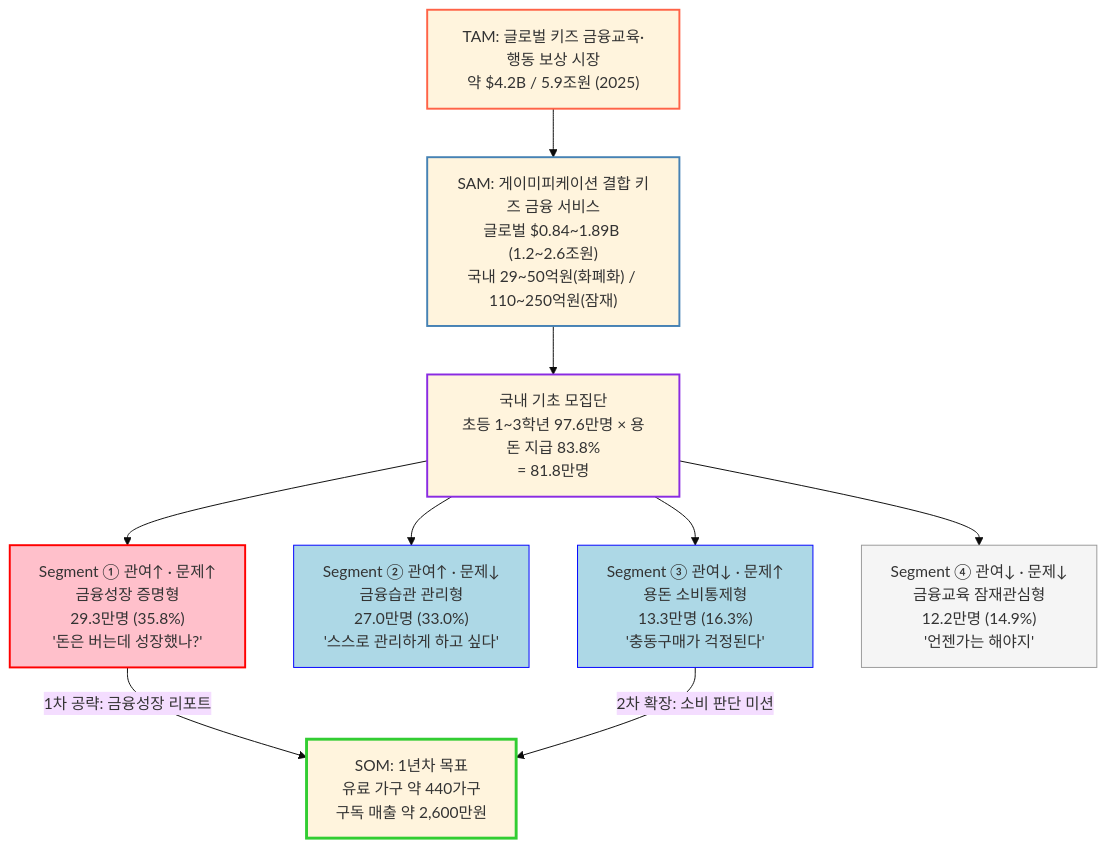
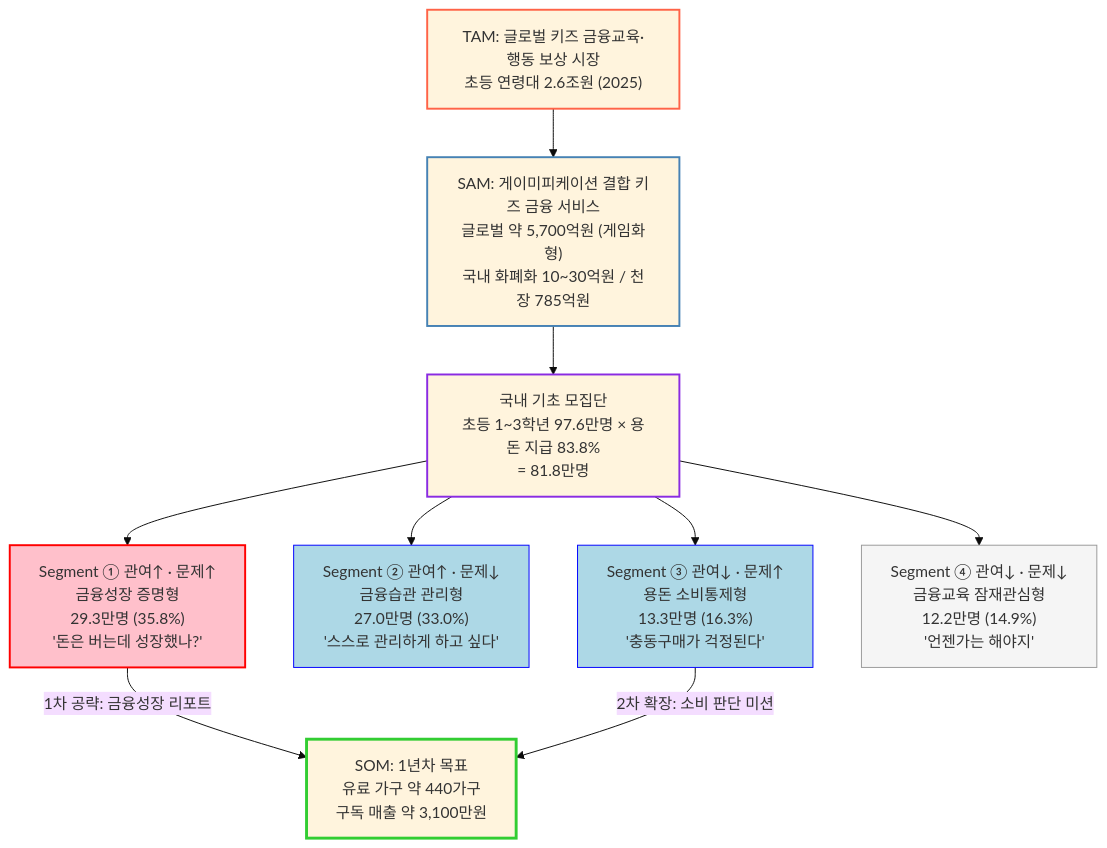
Before and after one commit to scene-one/team1_fin-friends: the second of 2 diagrams in 유림/시장분석/TAM-SAM-SOM_시장세분화.md, drawn with Mermaid (base theme). The commit also changed other lines of this file and 1 other file, not shown here.

First line of the commit message:
유림 TAM-SAM-SOM 뷰마다 분석 대상 시장명 배지 추가

````diff
--- a/유림/시장분석/TAM-SAM-SOM_시장세분화.md
+++ b/유림/시장분석/TAM-SAM-SOM_시장세분화.md
@@ -487,22 +667,22 @@
 ```mermaid
 graph TD
-    A["TAM: 글로벌 키즈 금융교육·행동 보상 시장<br/>약 $4.2B / 5.9조원 (2025)"]:::tam --> B["SAM: 게이미피케이션 결합 키즈 금융 서비스<br/>글로벌 $0.84~1.89B (1.2~2.6조원)<br/>국내 29~50억원(화폐화) / 110~250억원(잠재)"]:::sam
+    A["TAM: 글로벌 키즈 금융교육·행동 보상 시장<br/>초등 연령대 2.6조원 (2025)"]:::tam --> B["SAM: 게이미피케이션 결합 키즈 금융 서비스<br/>글로벌 약 5,700억원 (게임화형)<br/>국내 화폐화 10~30억원 / 천장 785억원"]:::sam
 
     B --> P["국내 기초 모집단<br/>초등 1~3학년 97.6만명 × 용돈 지급 83.8%<br/>= 81.8만명"]:::pool
 
     P --> C1["Segment ① 관여↑ · 문제↑<br/>금융성장 증명형<br/>29.3만명 (35.8%)<br/>'돈은 버는데 성장했나?'"]:::target
     P --> C2["Segment ② 관여↑ · 문제↓<br/>금융습관 관리형<br/>27.0만명 (33.0%)<br/>'스스로 관리하게 하고 싶다'"]:::adj
     P --> C3["Segment ③ 관여↓ · 문제↑<br/>용돈 소비통제형<br/>13.3만명 (16.3%)<br/>'충동구매가 걱정된다'"]:::adj
     P --> C4["Segment ④ 관여↓ · 문제↓<br/>금융교육 잠재관심형<br/>12.2만명 (14.9%)<br/>'언젠가는 해야지'"]:::low
 
-    C1 -- "1차 공략: 금융성장 리포트" --> D["SOM: 1년차 목표<br/>유료 가구 약 440가구<br/>구독 매출 약 2,600만원"]:::som
+    C1 -- "1차 공략: 금융성장 리포트" --> D["SOM: 1년차 목표<br/>유료 가구 약 440가구<br/>구독 매출 약 3,100만원"]:::som
     C3 -- "2차 확장: 소비 판단 미션" --> D
 
     classDef tam stroke:#FF6347,stroke-width:2px;
     classDef sam stroke:#4682B4,stroke-width:2px;
     classDef pool stroke:#8A2BE2,stroke-width:2px;
     classDef som stroke:#32CD32,stroke-width:3px;
     classDef target fill:#FFC0CB,stroke:#FF0000,stroke-width:2px;
     classDef adj fill:#ADD8E6,stroke:#0000FF,stroke-width:1px;
     classDef low fill:#F5F5F5,stroke:#999999,stroke-width:1px;
 ```
````
